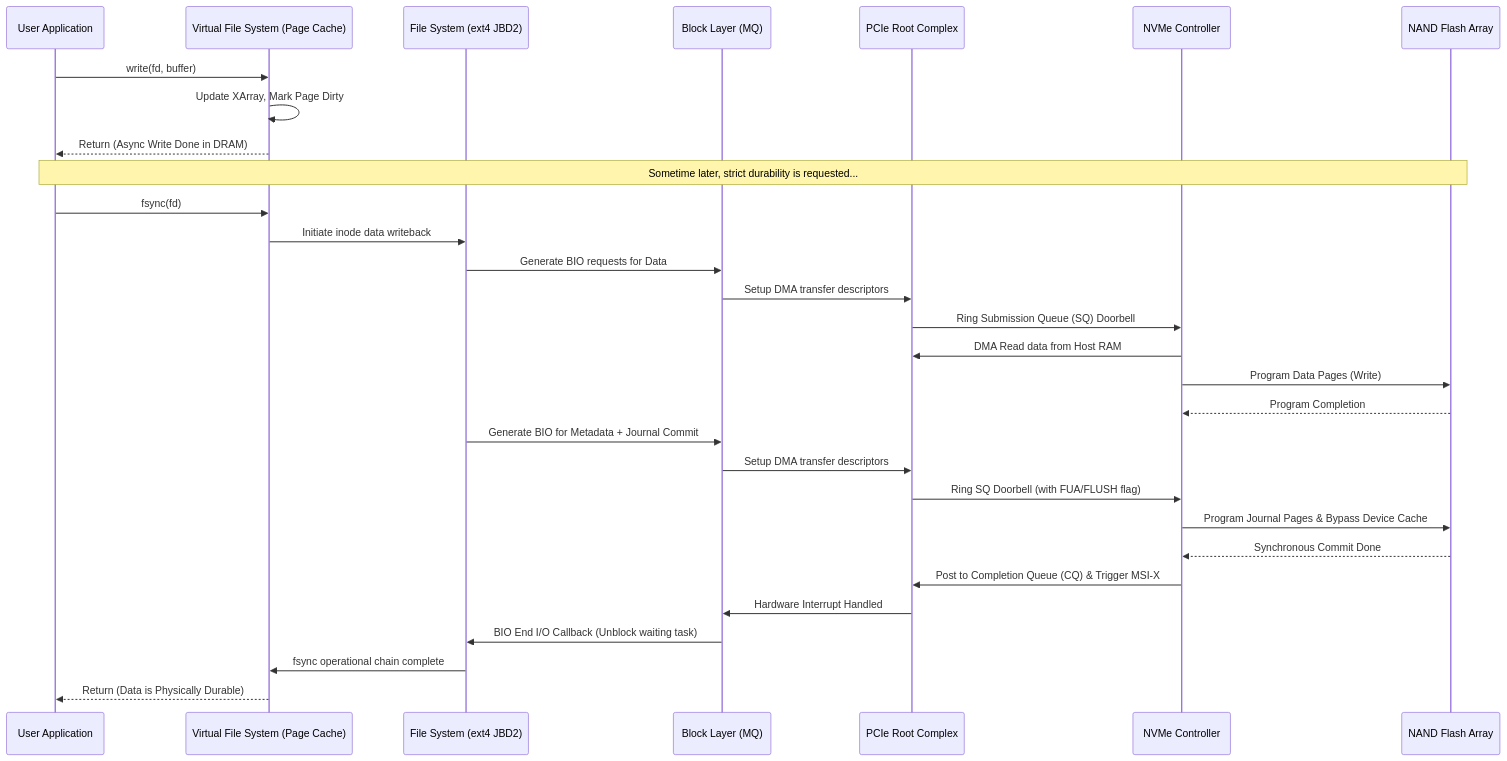
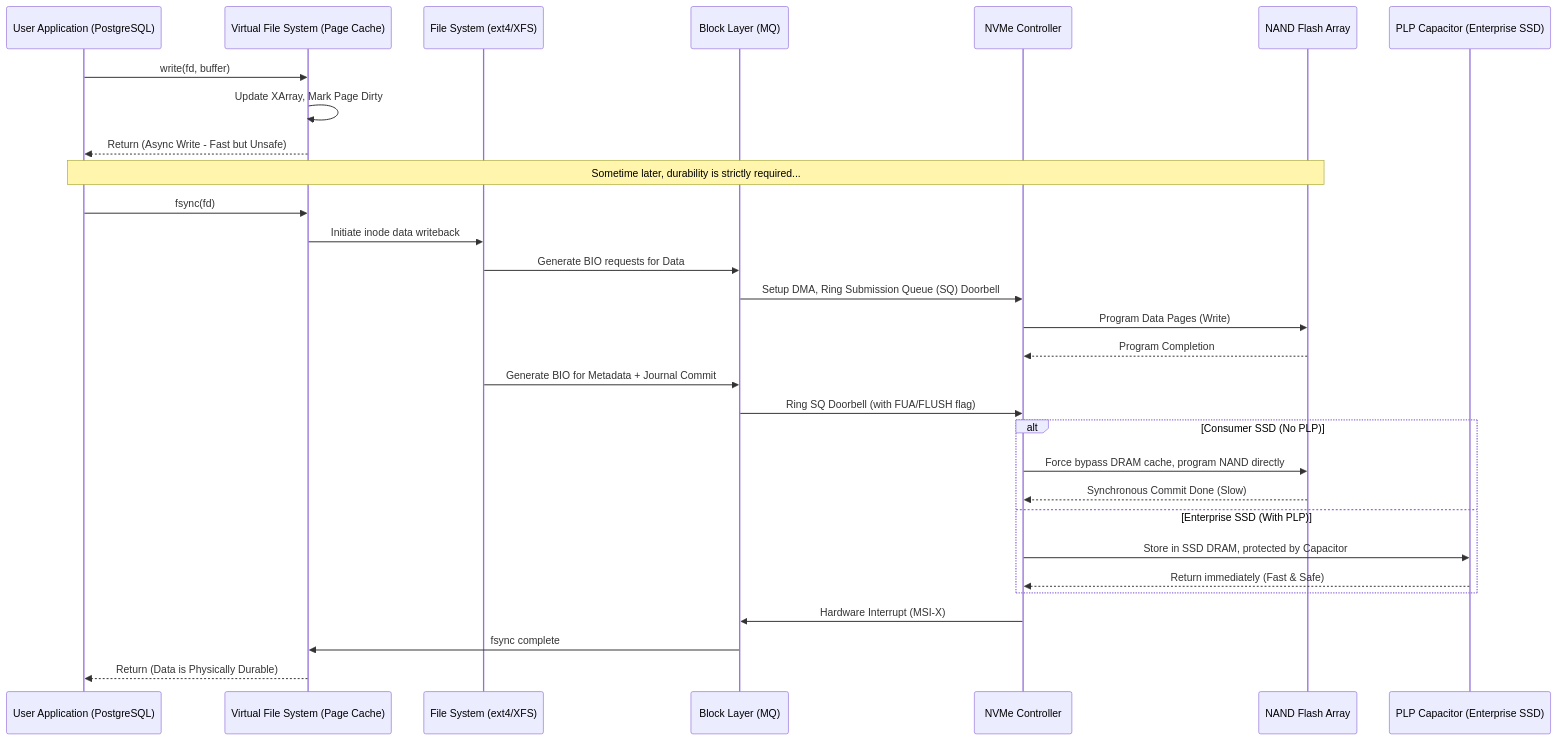
Before and after one commit to caubebinhan/landingpage: the diagram in blogs/part-6/42-fsync-data-durability.md, drawn with Mermaid. The commit also changed other lines of this file and 6563 other files, not shown here.

````diff
--- a/blogs/part-6/42-fsync-data-durability.md
+++ b/blogs/part-6/42-fsync-data-durability.md
@@ -11,35 +45,37 @@
 ```mermaid
 sequenceDiagram
-    participant App as User Application
+    participant App as User Application (PostgreSQL)
     participant VFS as Virtual File System (Page Cache)
-    participant FS as File System (ext4 JBD2)
+    participant FS as File System (ext4/XFS)
     participant Block as Block Layer (MQ)
-    participant PCIe as PCIe Root Complex
     participant NVMe as NVMe Controller
     participant NAND as NAND Flash Array
+    participant PLP as PLP Capacitor (Enterprise SSD)
 
     App->>VFS: write(fd, buffer)
     VFS->>VFS: Update XArray, Mark Page Dirty
-    VFS-->>App: Return (Async Write Done in DRAM)
+    VFS-->>App: Return (Async Write - Fast but Unsafe)
     
-    Note over App, NAND: Sometime later, strict durability is requested...
+    Note over App, NAND: Sometime later, durability is strictly required...
     
     App->>VFS: fsync(fd)
     VFS->>FS: Initiate inode data writeback
     FS->>Block: Generate BIO requests for Data
-    Block->>PCIe: Setup DMA transfer descriptors
-    PCIe->>NVMe: Ring Submission Queue (SQ) Doorbell
-    NVMe->>PCIe: DMA Read data from Host RAM
+    Block->>NVMe: Setup DMA, Ring Submission Queue (SQ) Doorbell
     NVMe->>NAND: Program Data Pages (Write)
     NAND-->>NVMe: Program Completion
     FS->>Block: Generate BIO for Metadata + Journal Commit
-    Block->>PCIe: Setup DMA transfer descriptors
-    PCIe->>NVMe: Ring SQ Doorbell (with FUA/FLUSH flag)
-    NVMe->>NAND: Program Journal Pages & Bypass Device Cache
-    NAND-->>NVMe: Synchronous Commit Done
-    NVMe->>PCIe: Post to Completion Queue (CQ) & Trigger MSI-X
-    PCIe->>Block: Hardware Interrupt Handled
-    Block->>FS: BIO End I/O Callback (Unblock waiting task)
-    FS->>VFS: fsync operational chain complete
+    Block->>NVMe: Ring SQ Doorbell (with FUA/FLUSH flag)
+    
+    alt Consumer SSD (No PLP)
+        NVMe->>NAND: Force bypass DRAM cache, program NAND directly
+        NAND-->>NVMe: Synchronous Commit Done (Slow)
+    else Enterprise SSD (With PLP)
+        NVMe->>PLP: Store in SSD DRAM, protected by Capacitor
+        PLP-->>NVMe: Return immediately (Fast & Safe)
+    end
+    
+    NVMe->>Block: Hardware Interrupt (MSI-X)
+    Block->>VFS: fsync complete
     VFS-->>App: Return (Data is Physically Durable)
 ```
````
